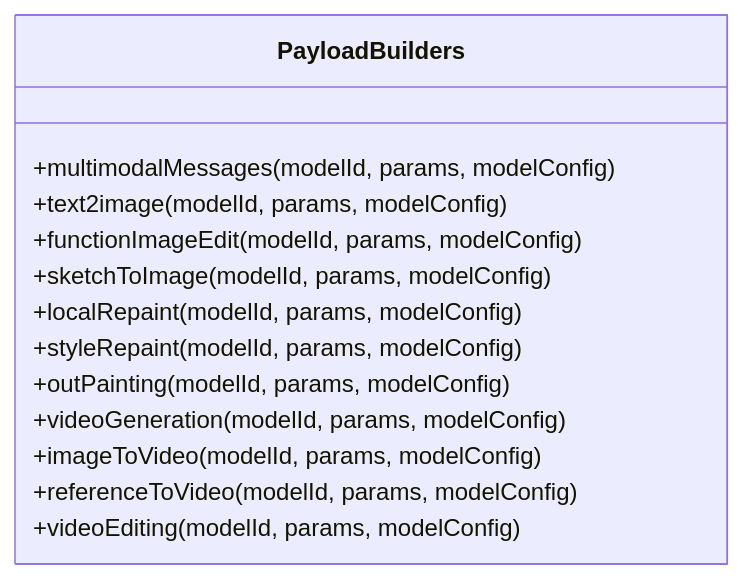
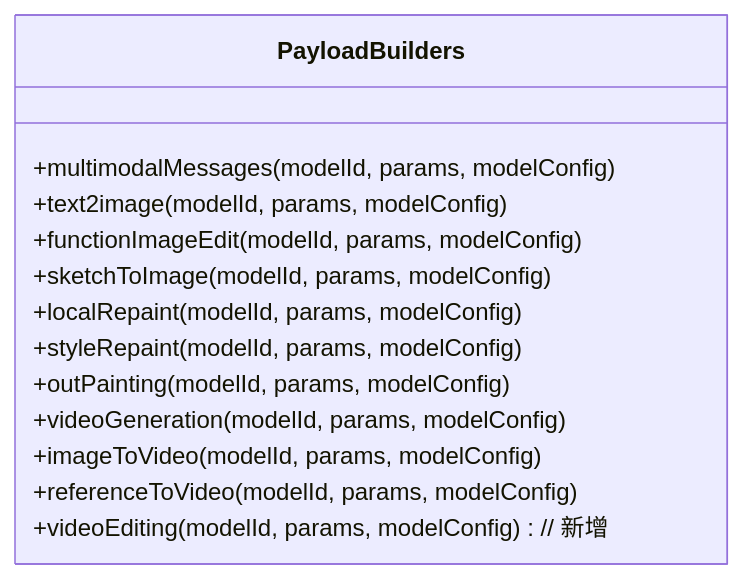
The seventh of 8 diagrams in .qoder/repowiki/zh/content/架构设计/组件架构/生成器组件/媒体编辑器.md (alex0001yyy/wan-app), drawn with Mermaid before and after one commit. The commit also changed other lines of this file and 35 other files, not shown here.

````diff
--- a/.qoder/repowiki/zh/content/架构设计/组件架构/生成器组件/媒体编辑器.md
+++ b/.qoder/repowiki/zh/content/架构设计/组件架构/生成器组件/媒体编辑器.md
@@ -333,16 +363,16 @@
 ```mermaid
 classDiagram
 class PayloadBuilders {
 +multimodalMessages(modelId, params, modelConfig)
 +text2image(modelId, params, modelConfig)
 +functionImageEdit(modelId, params, modelConfig)
 +sketchToImage(modelId, params, modelConfig)
 +localRepaint(modelId, params, modelConfig)
 +styleRepaint(modelId, params, modelConfig)
 +outPainting(modelId, params, modelConfig)
 +videoGeneration(modelId, params, modelConfig)
 +imageToVideo(modelId, params, modelConfig)
 +referenceToVideo(modelId, params, modelConfig)
-+videoEditing(modelId, params, modelConfig)
++videoEditing(modelId, params, modelConfig) // 新增
 }
 ```
````
